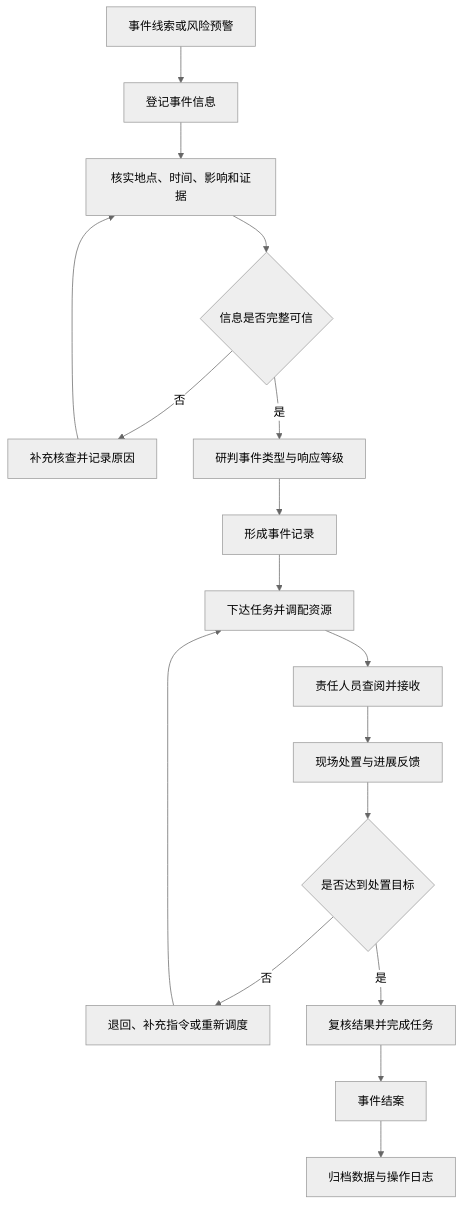
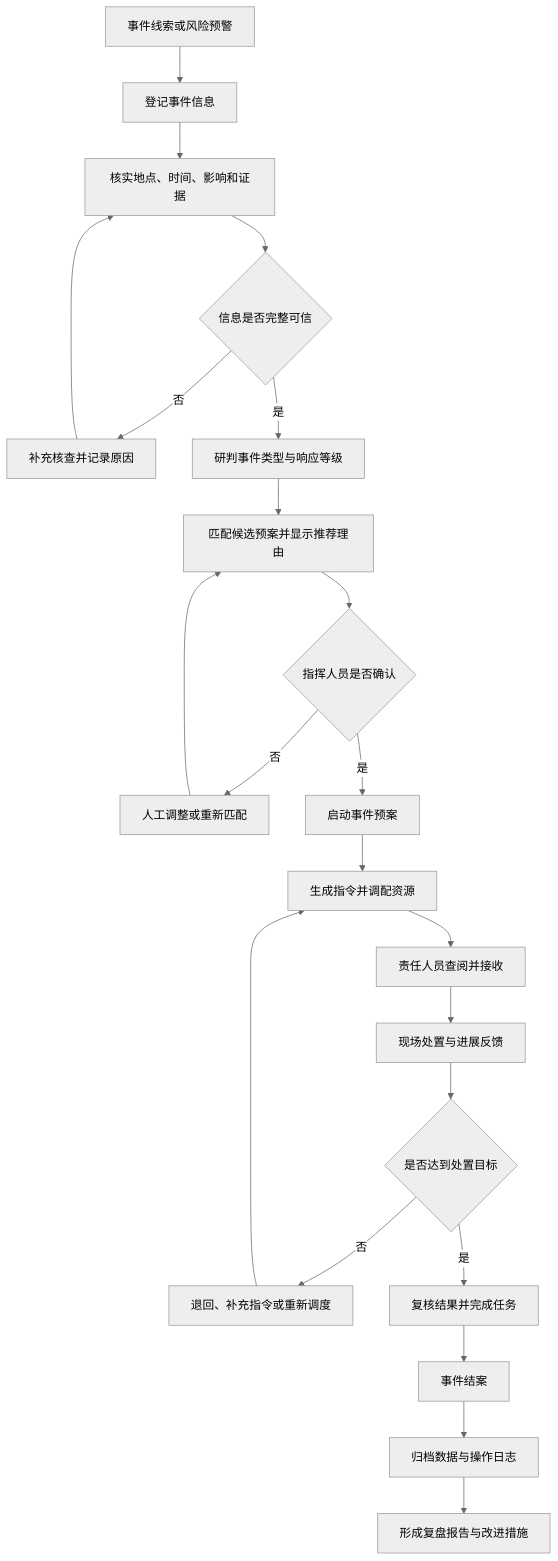
The first of 2 diagrams in docs/SOP.md (Robot-TZ/xihu-emergency-management-platform), drawn with Mermaid (neutral theme) before and after one commit. The commit also changed other lines of this file and 10 other files, not shown here.

````diff
--- a/docs/SOP.md
+++ b/docs/SOP.md
@@ -5,19 +5,24 @@
 ```mermaid
 flowchart TD
     A[事件线索或风险预警] --> B[登记事件信息]
     B --> C[核实地点、时间、影响和证据]
     C --> D{信息是否完整可信}
     D -- 否 --> E[补充核查并记录原因]
     E --> C
     D -- 是 --> F[研判事件类型与响应等级]
-    F --> G[形成事件记录]
-    G --> H[下达任务并调配资源]
+    F --> G[匹配候选预案并显示推荐理由]
+    G --> P{指挥人员是否确认}
+    P -- 否 --> Q[人工调整或重新匹配]
+    Q --> G
+    P -- 是 --> R[启动事件预案]
+    R --> H[生成指令并调配资源]
     H --> I[责任人员查阅并接收]
     I --> J[现场处置与进展反馈]
     J --> K{是否达到处置目标}
     K -- 否 --> L[退回、补充指令或重新调度]
     L --> H
     K -- 是 --> M[复核结果并完成任务]
     M --> N[事件结案]
     N --> O[归档数据与操作日志]
+    O --> S[形成复盘报告与改进措施]
 ```
````
